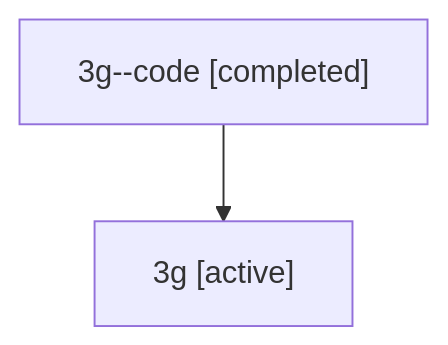
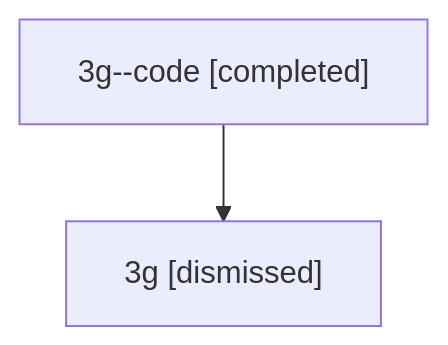
One commit to sase-org/sase--agents changed the diagram in sessions/bbugyi200.athena.3g.md. Above: the diagram before and after it, drawn with Mermaid. The commit also changed other lines of this file and 28 other files, not shown here.

````diff
--- a/sessions/bbugyi200.athena.3g.md
+++ b/sessions/bbugyi200.athena.3g.md
@@ -9,6 +9,6 @@
 ```mermaid
 flowchart TD
   n0["3g--code [completed]"]
-  n1["3g [active]"]
+  n1["3g [dismissed]"]
   n0 --> n1
 ```
````
